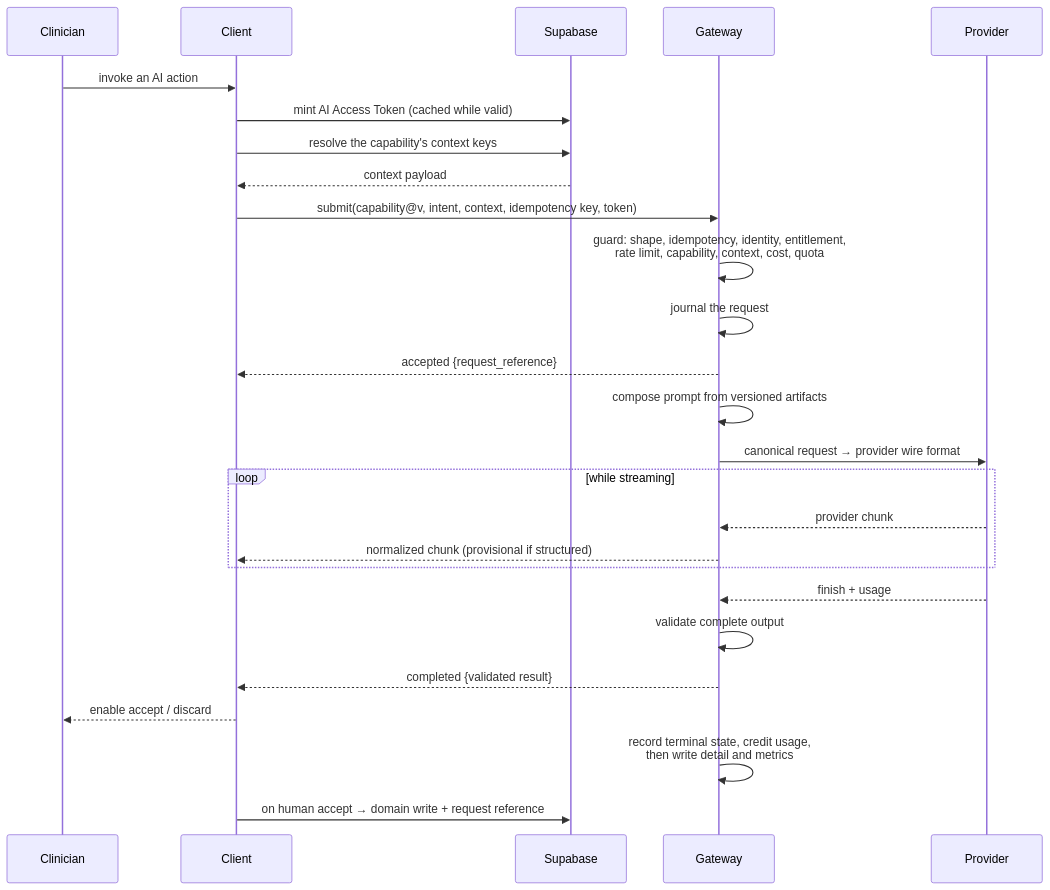
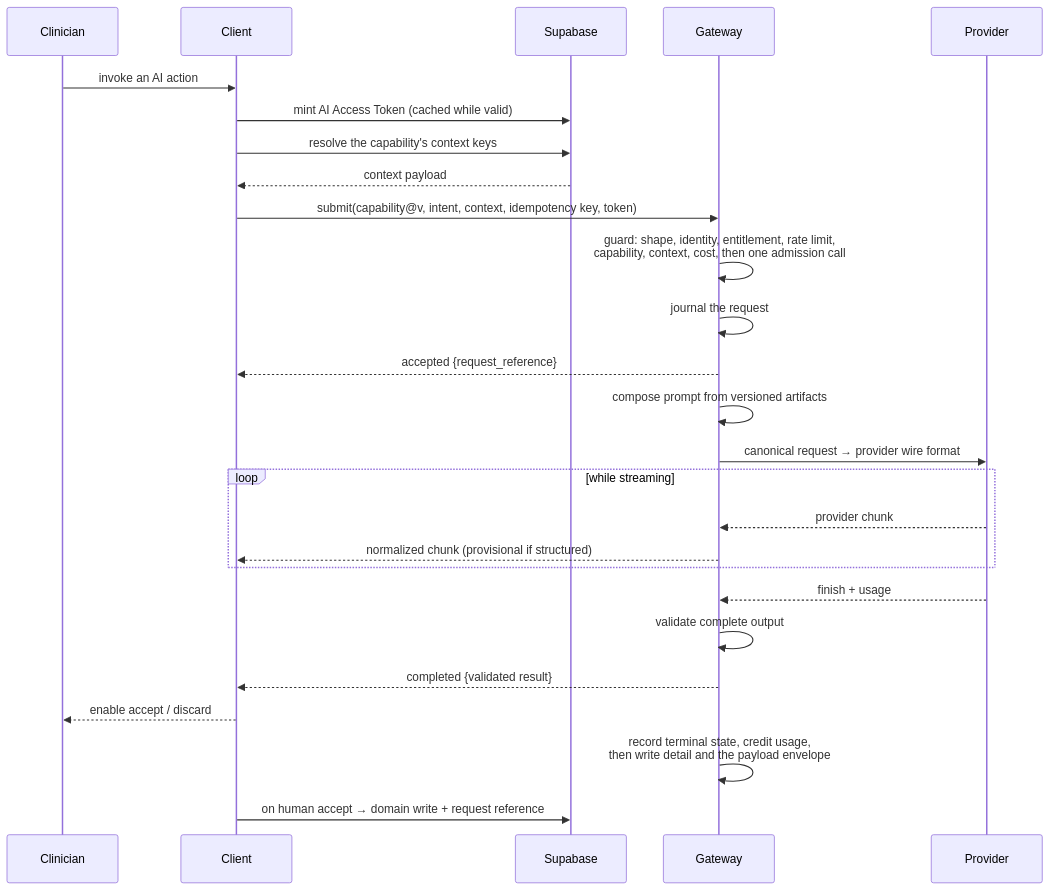
Before and after one commit to haythamosama95/AiClinic: the fourth of 6 diagrams in docs/architecture/17a-ai-platform-overview.md, drawn with Mermaid. The commit also changed other lines of this file and 7 other files, not shown here.

Commit message:
Adding AI Platform Architectural Documents and Delivery Plan along with the speckit driving commands

````diff
--- a/docs/architecture/17a-ai-platform-overview.md
+++ b/docs/architecture/17a-ai-platform-overview.md
@@ -370,32 +464,32 @@
 ```mermaid
 sequenceDiagram
     participant U as Clinician
     participant C as Client
     participant SB as Supabase
     participant GW as Gateway
     participant PRV as Provider
 
     U->>C: invoke an AI action
     C->>SB: mint AI Access Token (cached while valid)
     C->>SB: resolve the capability's context keys
     SB-->>C: context payload
     C->>GW: submit(capability@v, intent, context, idempotency key, token)
 
-    GW->>GW: guard: shape, idempotency, identity, entitlement,<br/>rate limit, capability, context, cost, quota
+    GW->>GW: guard: shape, identity, entitlement, rate limit,<br/>capability, context, cost, then one admission call
     GW->>GW: journal the request
     GW-->>C: accepted {request_reference}
 
     GW->>GW: compose prompt from versioned artifacts
     GW->>PRV: canonical request → provider wire format
     loop while streaming
         PRV-->>GW: provider chunk
         GW-->>C: normalized chunk (provisional if structured)
     end
     PRV-->>GW: finish + usage
     GW->>GW: validate complete output
     GW-->>C: completed {validated result}
     C-->>U: enable accept / discard
 
-    GW->>GW: record terminal state, credit usage,<br/>then write detail and metrics
+    GW->>GW: record terminal state, credit usage,<br/>then write detail and the payload envelope
     C->>SB: on human accept → domain write + request reference
 ```
````
